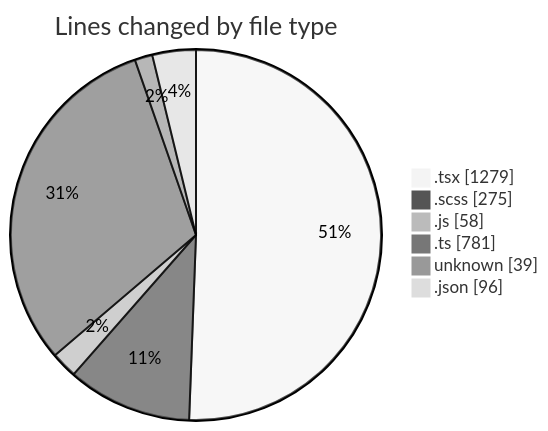
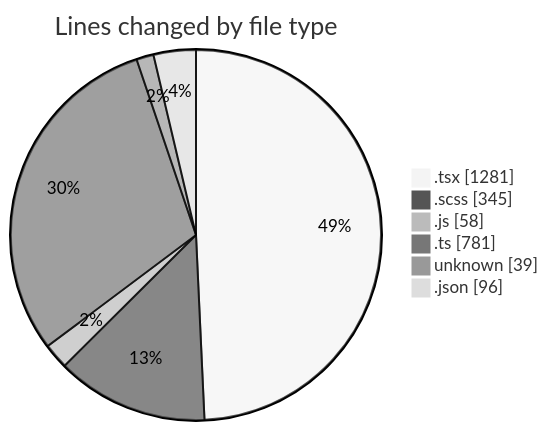
The first of 2 diagrams in 2025-05-02/cda/README.md (momahboobian/code-tracking), drawn with Mermaid (neutral theme) before and after one commit. The commit also changed other lines of this file and 1 other file, not shown here.

````diff
--- a/2025-05-02/cda/README.md
+++ b/2025-05-02/cda/README.md
@@ -35,10 +36,10 @@
 ```mermaid
 pie showData
 title Lines changed by file type
-".tsx" : 1279
-".scss" : 275
+".tsx" : 1281
+".scss" : 345
 ".js" : 58
 ".ts" : 781
 "unknown" : 39
 ".json" : 96
 ```
````
